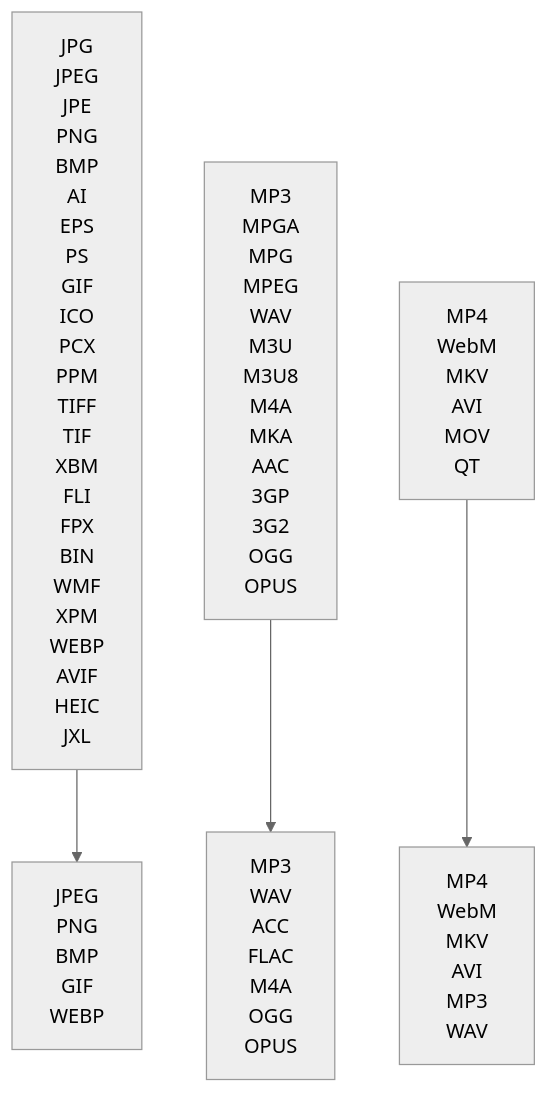
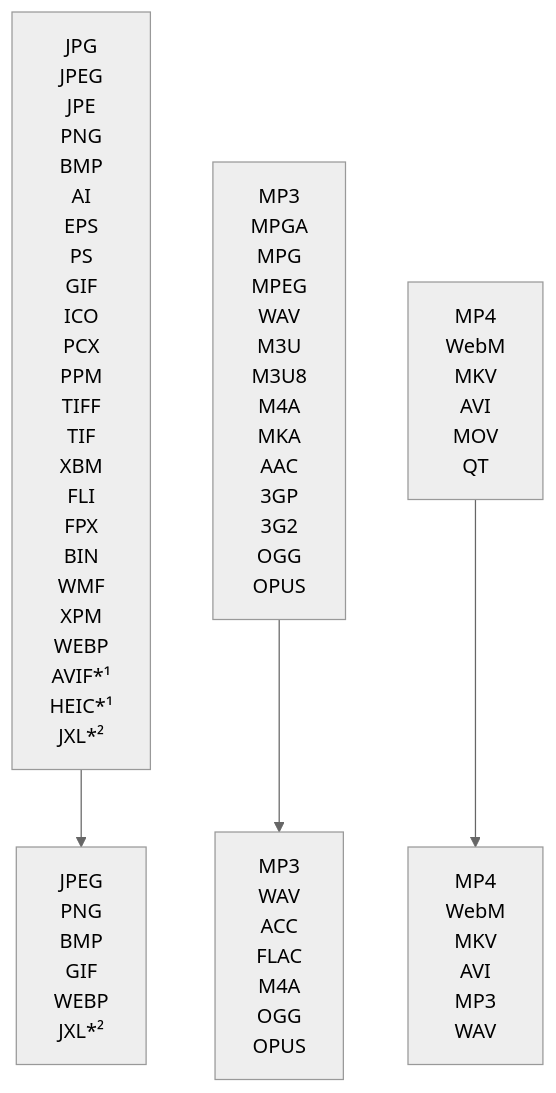
The diagram in README.md (Lich-Corals/linux-file-converter-addon), drawn with Mermaid (neutral theme) before and after one commit. The commit also changed other lines of this file and 1 other file, not shown here.

Commit message:
Added convert to jxl support.

````diff
--- a/README.md
+++ b/README.md
@@ -11,24 +11,21 @@
 ```mermaid
     flowchart TD
     A[Supported Image Files]
     B[Supported Audio Files]
     C[Supported Video Files]
     D[image]
     E[audio]
     F[video]
     
-    A["JPG<br/>JPEG<br/>JPE<br/>PNG<br/>BMP<br/>AI<br/>EPS<br/>PS<br/>GIF<br/>ICO<br/>PCX<br/>PPM<br/>TIFF<br/>TIF<br/>XBM<br/>FLI<br/>FPX<br/>BIN<br/>WMF<br/>XPM<br/>WEBP<br/>AVIF<br/>HEIC<br/>JXL"]
+    A["JPG<br/>JPEG<br/>JPE<br/>PNG<br/>BMP<br/>AI<br/>EPS<br/>PS<br/>GIF<br/>ICO<br/>PCX<br/>PPM<br/>TIFF<br/>TIF<br/>XBM<br/>FLI<br/>FPX<br/>BIN<br/>WMF<br/>XPM<br/>WEBP<br/>AVIF*¹<br/>HEIC*¹<br/>JXL*²"]
     B["MP3<br/>MPGA<br/>MPG<br/>MPEG<br/>WAV<br/>M3U<br/>M3U8<br/>M4A<br/>MKA<br/>AAC<br/>3GP<br/>3G2<br/>OGG<br/>OPUS"]
     C["MP4<br/>WebM<br/>MKV<br/>AVI<br/>MOV<br/>QT"]
 
-    D["JPEG<br/>PNG<br/>BMP<br/>GIF<br/>WEBP"]
+    D["JPEG<br/>PNG<br/>BMP<br/>GIF<br/>WEBP<br/>JXL*²"]
     E["MP3<br/>WAV<br/>ACC<br/>FLAC<br/>M4A<br/>OGG<br/>OPUS"]
     F["MP4<br/>WebM<br/>MKV<br/>AVI<br/>MP3<br/>WAV"]
 
-
-    
     A --> D
     B --> E
     C --> F
-
 ```
````
